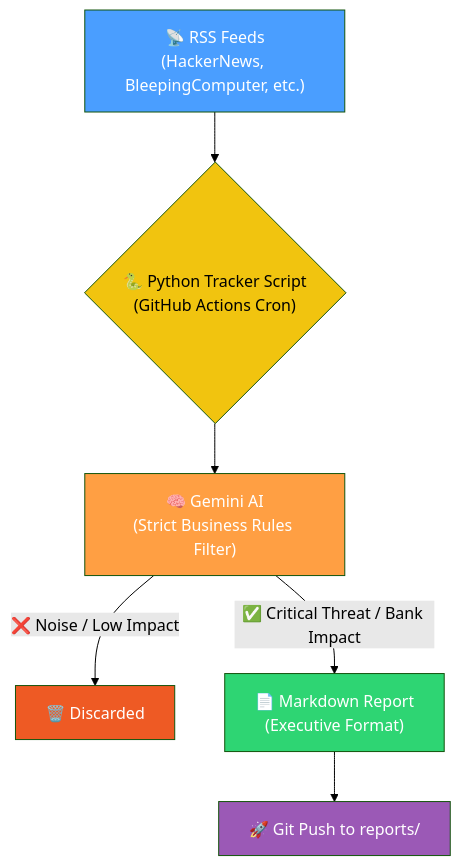
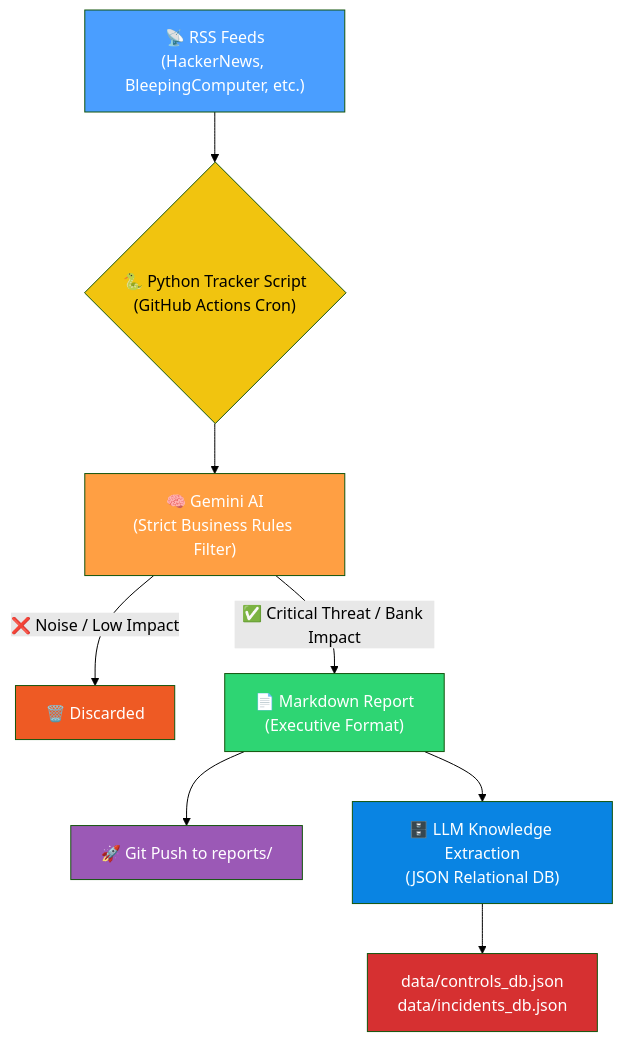
One commit to Thomas-LEON/news-tracker changed the diagram in README.md. Above: the diagram before and after it, drawn with Mermaid (forest theme). The commit also changed other lines of this file, not shown here.

Commit message:
docs: update README to document V13 Control Center JSON relational DB

````diff
--- a/README.md
+++ b/README.md
@@ -19,15 +19,19 @@
 ```mermaid
 flowchart TD
     A["📡 RSS Feeds\n(HackerNews, BleepingComputer, etc.)"] --> B{"🐍 Python Tracker Script\n(GitHub Actions Cron)"}
     B --> C["🧠 Gemini AI\n(Strict Business Rules Filter)"]
     C -->|"❌ Noise / Low Impact"| D["🗑️ Discarded"]
     C -->|"✅ Critical Threat / Bank Impact"| E["📄 Markdown Report\n(Executive Format)"]
     E --> F["🚀 Git Push to reports/"]
+    E --> G["🗄️ LLM Knowledge Extraction\n(JSON Relational DB)"]
+    G --> H["data/controls_db.json\ndata/incidents_db.json"]
 
     style A fill:#4a9eff,color:#fff
     style B fill:#f1c40f,color:#000
     style C fill:#ff9f43,color:#fff
     style D fill:#ee5a24,color:#fff
     style E fill:#2ed573,color:#fff
     style F fill:#9b59b6,color:#fff
+    style G fill:#0984e3,color:#fff
+    style H fill:#d63031,color:#fff
 ```
````
